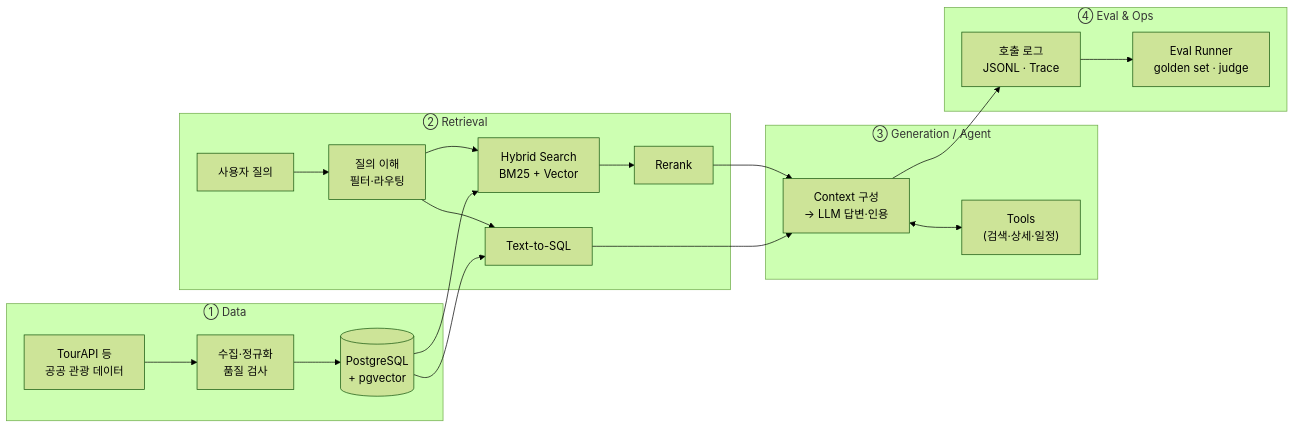
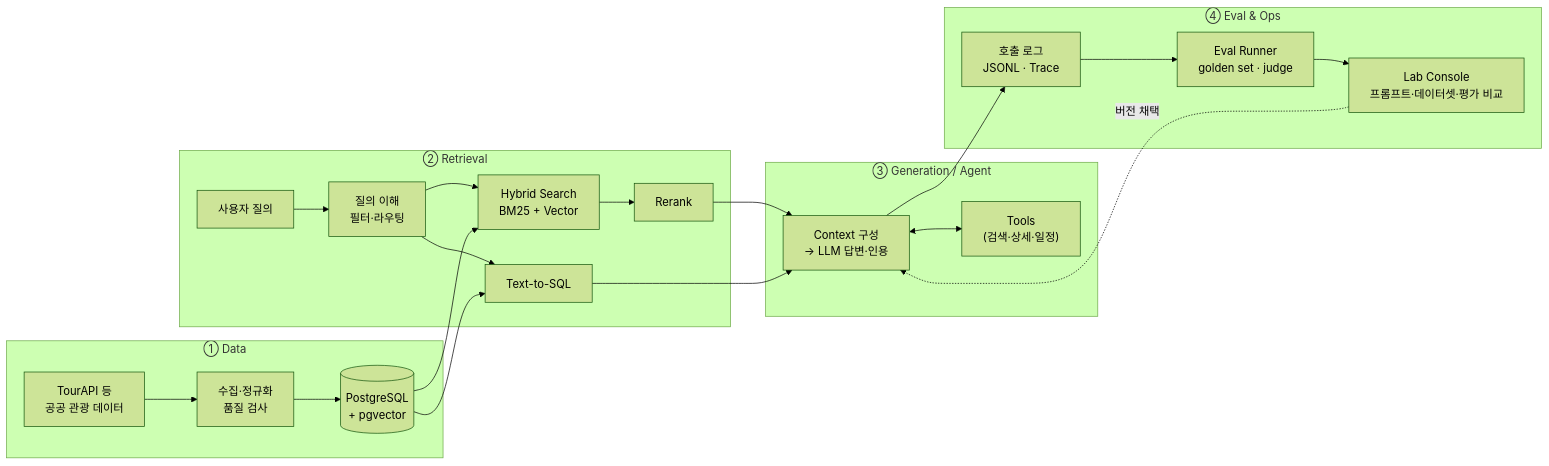
One commit to ssuyoi/travel-ai-lab changed the diagram in README.md. Above: the diagram before and after it, drawn with Mermaid (forest theme). The commit also changed other lines of this file and 1 other file, not shown here.

Commit message:
docs: Lab Console(LLMOps 도구) 설계와 0.5 단순 RAG 단계 추가

````diff
--- a/README.md
+++ b/README.md
@@ -26,22 +26,24 @@
 ```mermaid
 flowchart LR
     subgraph Data["① Data"]
         A["TourAPI 등<br/>공공 관광 데이터"] --> B["수집·정규화<br/>품질 검사"] --> C[("PostgreSQL<br/>+ pgvector")]
     end
     subgraph Retrieval["② Retrieval"]
         Q["사용자 질의"] --> R["질의 이해<br/>필터·라우팅"]
         R --> S["Hybrid Search<br/>BM25 + Vector"] --> RR["Rerank"]
         R --> SQL["Text-to-SQL"]
     end
     subgraph Generation["③ Generation / Agent"]
         RR --> G["Context 구성<br/>→ LLM 답변·인용"]
         SQL --> G
         G <--> T["Tools<br/>(검색·상세·일정)"]
     end
     subgraph Eval["④ Eval & Ops"]
         L["호출 로그<br/>JSONL · Trace"] --> E["Eval Runner<br/>golden set · judge"]
+        E --> CON["Lab Console<br/>프롬프트·데이터셋·평가 비교"]
+        CON -. "버전 채택" .-> G
     end
     C --> S
     C --> SQL
     G --> L
 ```
````
